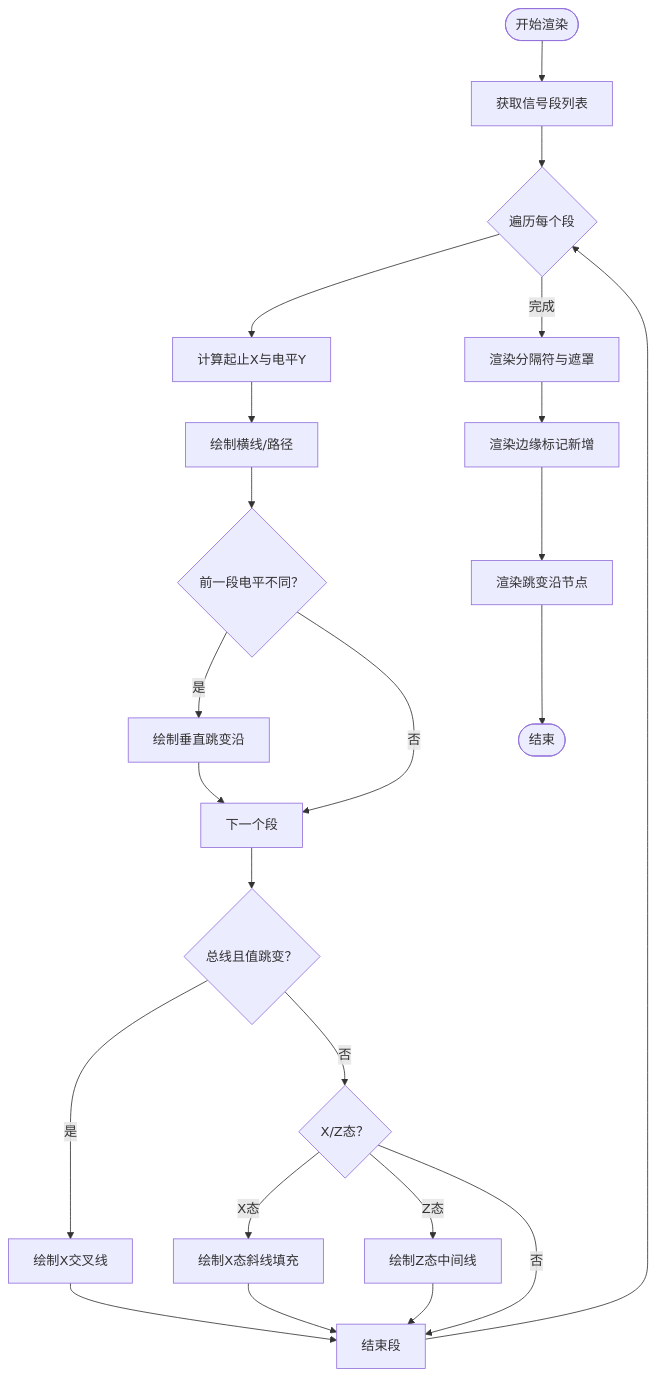
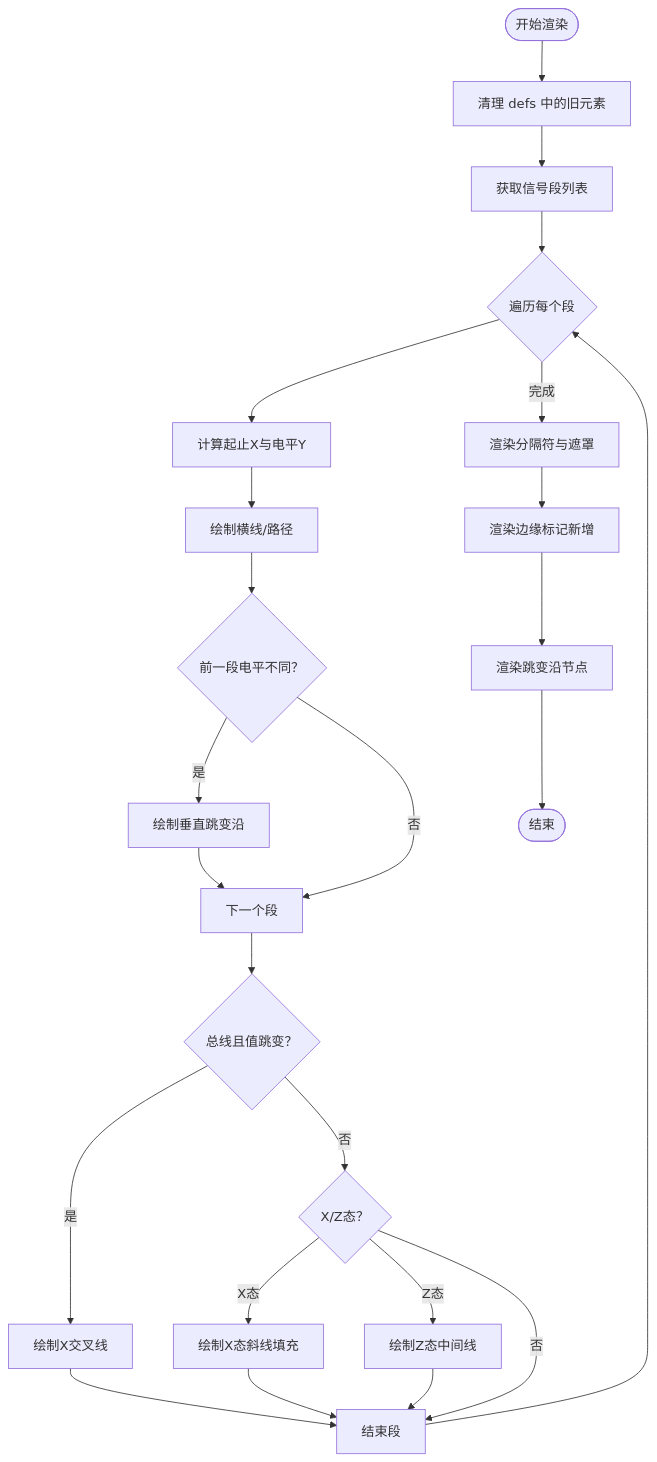
One commit to nht123456/waveform-editor changed the third of 7 diagrams in .qoder/repowiki/zh/content/渲染系统/信号渲染器.md. Above: the diagram before and after it, drawn with Mermaid. The commit also changed other lines of this file and 9 other files, not shown here.

````diff
--- a/.qoder/repowiki/zh/content/渲染系统/信号渲染器.md
+++ b/.qoder/repowiki/zh/content/渲染系统/信号渲染器.md
@@ -148,25 +152,26 @@
 ```mermaid
 flowchart TD
-Start(["开始渲染"]) --> GetSegs["获取信号段列表"]
+Start(["开始渲染"]) --> ClearDefs["清理 defs 中的旧元素"]
+ClearDefs --> GetSegs["获取信号段列表"]
 GetSegs --> LoopSegs{"遍历每个段"}
 LoopSegs --> CalcXY["计算起止X与电平Y"]
 CalcXY --> DrawLine["绘制横线/路径"]
 DrawLine --> EdgeCheck{"前一段电平不同？"}
 EdgeCheck --> |是| DrawEdge["绘制垂直跳变沿"]
 EdgeCheck --> |否| NextSeg["下一个段"]
 DrawEdge --> NextSeg
 NextSeg --> BusCheck{"总线且值跳变？"}
 BusCheck --> |是| DrawXCross["绘制X交叉线"]
 BusCheck --> |否| XZCheck{"X/Z态？"}
 XZCheck --> |X态| DrawX["绘制X态斜线填充"]
 XZCheck --> |Z态| DrawZ["绘制Z态中间线"]
 XZCheck --> |否| EndSeg["结束段"]
 DrawXCross --> EndSeg
 DrawX --> EndSeg
 DrawZ --> EndSeg
 EndSeg --> LoopSegs
 LoopSegs --> |完成| RenderGaps["渲染分隔符与遮罩"]
 RenderGaps --> RenderEdgeMarkers["渲染边缘标记新增"]
 RenderEdgeMarkers --> RenderNodes["渲染跳变沿节点"]
 RenderNodes --> End(["结束"])
 ```
````
